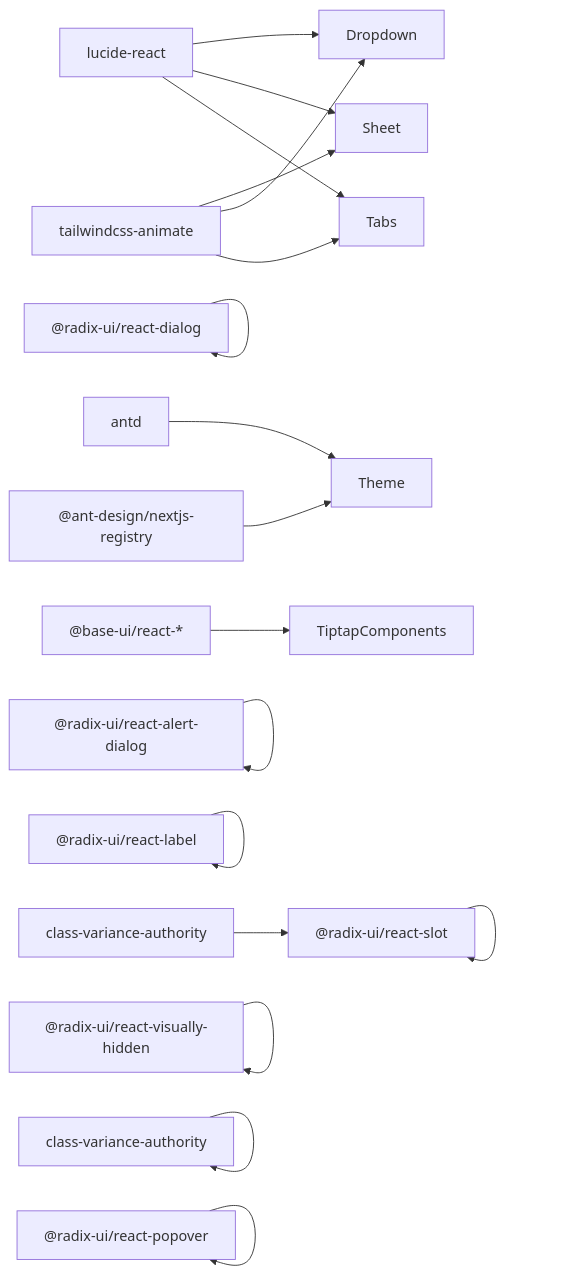
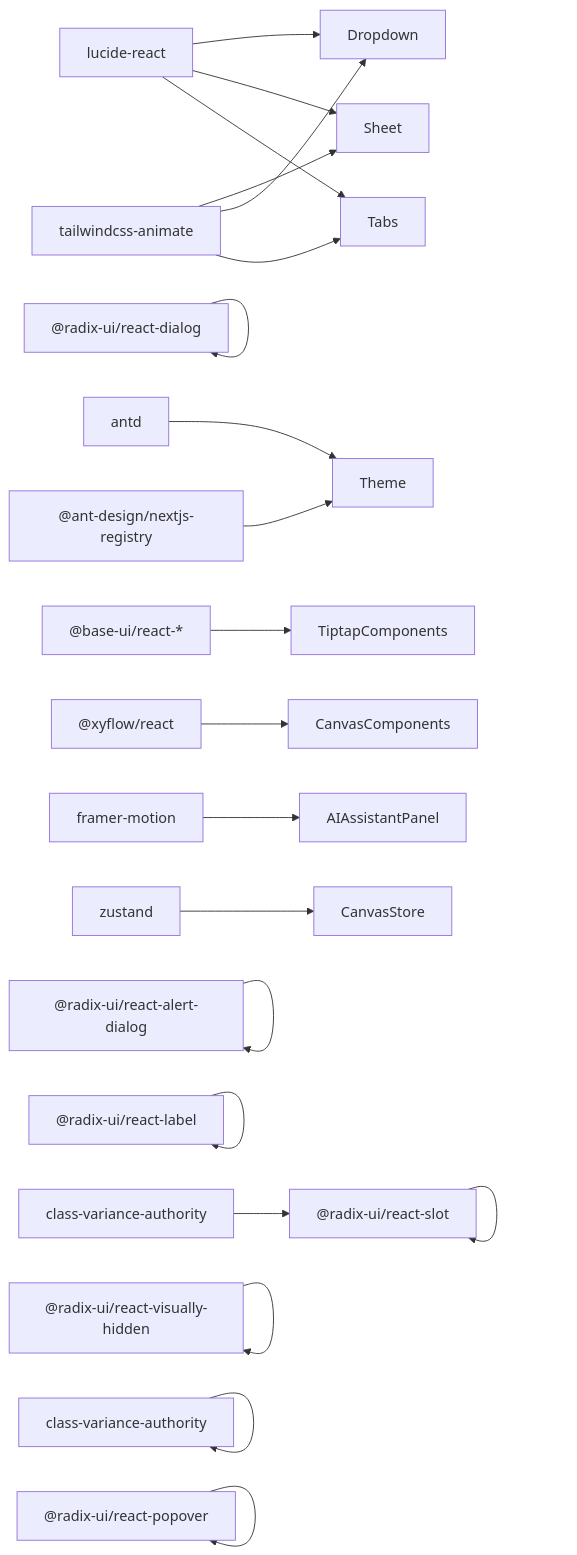
One commit to KunLabAI/KunFlix changed the fifth of 5 diagrams in .qoder/repowiki/zh/content/前端开发指南/UI 组件设计.md. Above: the diagram before and after it, drawn with Mermaid. The commit also changed other lines of this file and 24 other files, not shown here.

````diff
--- a/.qoder/repowiki/zh/content/前端开发指南/UI 组件设计.md
+++ b/.qoder/repowiki/zh/content/前端开发指南/UI 组件设计.md
@@ -680,20 +843,23 @@
 ```mermaid
 graph LR
 Button["@radix-ui/react-slot"] --> Button
 Variants["class-variance-authority"] --> Button
 Lucide["lucide-react"] --> Dropdown
 Lucide --> Sheet
 Lucide --> Tabs
 Animate["tailwindcss-animate"] --> Sheet
 Animate --> Dropdown
 Animate --> Tabs
 Dialog["@radix-ui/react-dialog"] --> Dialog
 AlertDialog["@radix-ui/react-alert-dialog"] --> AlertDialog
 Form["@radix-ui/react-label"] --> Form
 Table["@radix-ui/react-visually-hidden"] --> Table
 Badge["class-variance-authority"] --> Badge
 Antd["antd"] --> Theme
 Registry["@ant-design/nextjs-registry"] --> Theme
 BaseUI["@base-ui/react-*"] --> TiptapComponents
 Popover["@radix-ui/react-popover"] --> Popover
+XYFlow["@xyflow/react"] --> CanvasComponents
+Motion["framer-motion"] --> AIAssistantPanel
+Zustand["zustand"] --> CanvasStore
 ```
````
